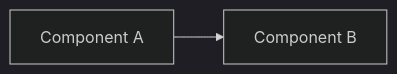
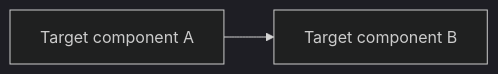
One commit to duynhlab/homelab changed the diagram in docs/proposals/rfc/RFC-0000/README.md. Above: the diagram before and after it, drawn with Mermaid (dark theme). The commit also changed other lines of this file and 13 other files, not shown here.

````diff
--- a/docs/proposals/rfc/RFC-0000/README.md
+++ b/docs/proposals/rfc/RFC-0000/README.md
@@ -61,4 +74,4 @@
 ```mermaid
 flowchart LR
-    A[Component A] --> B[Component B]
+    A["Target component A"] --> B["Target component B"]
 ```
````
